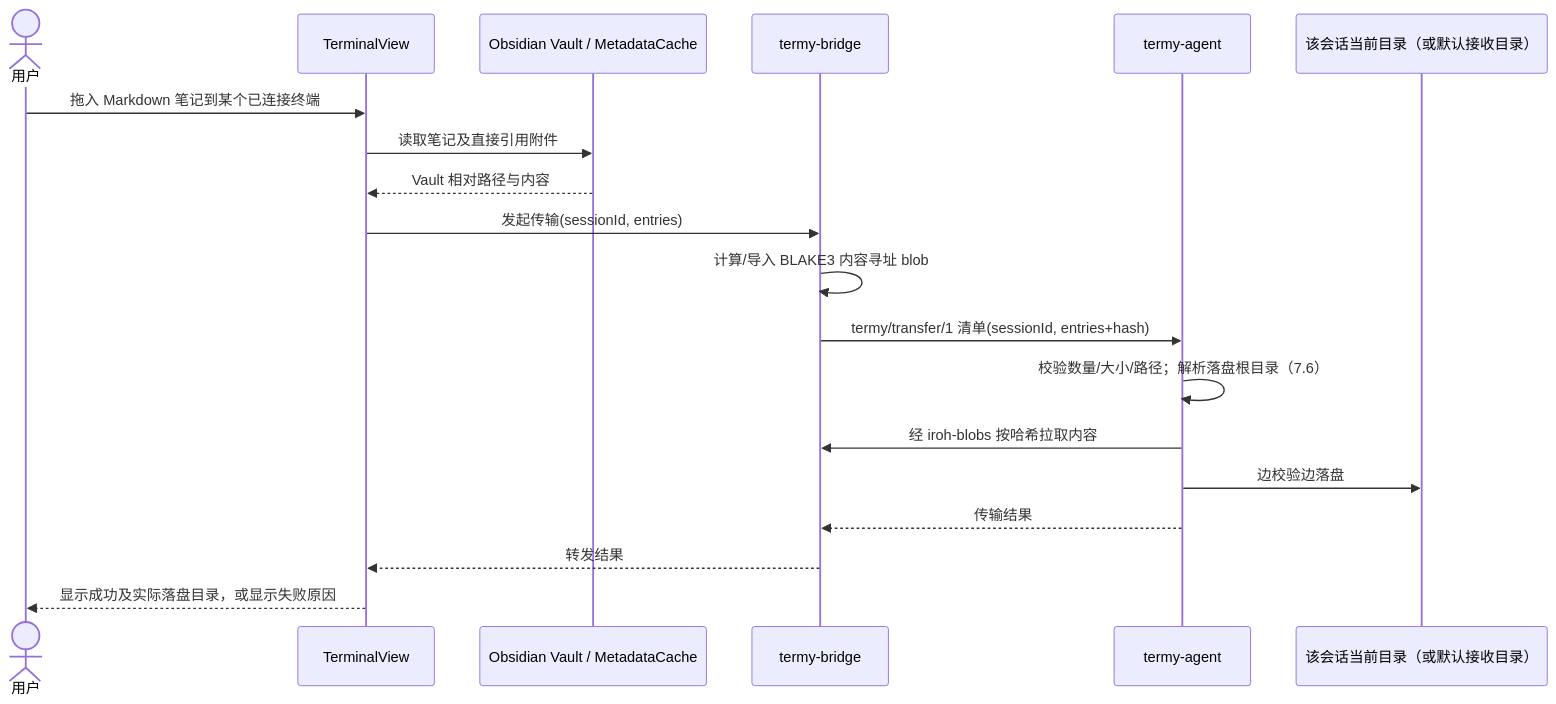
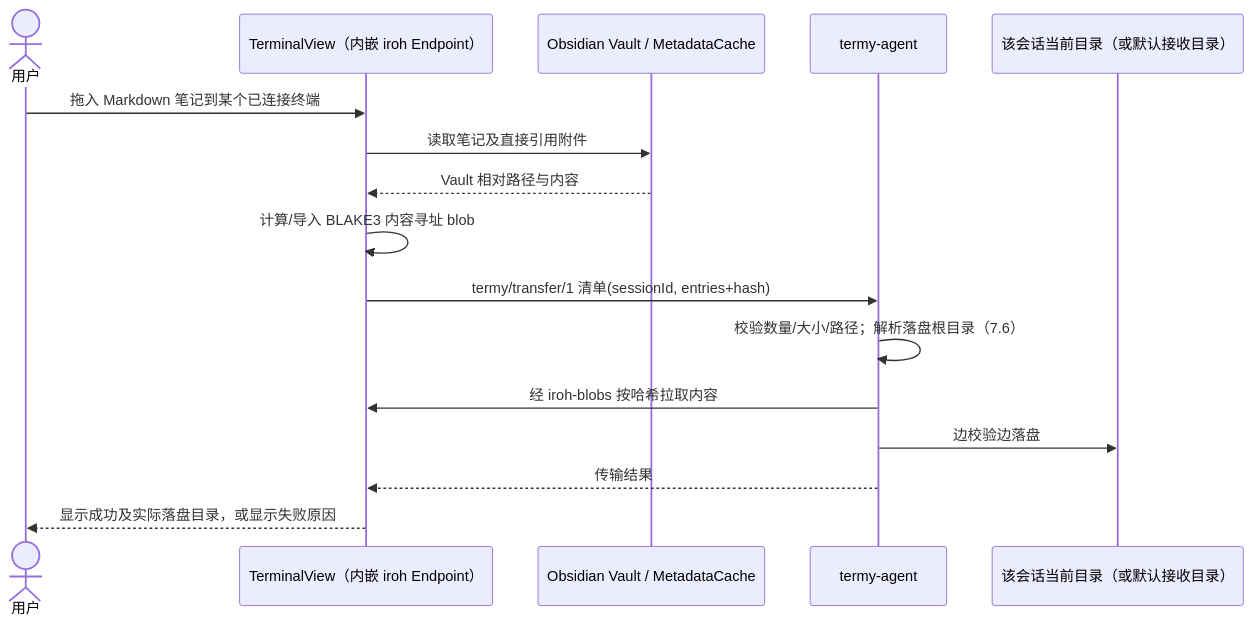
Before and after one commit to Cyber-bike/termesh: the seventh of 7 diagrams in Docs/实现方案 - 开发版 v2.0.md, drawn with Mermaid. The commit also changed other lines of this file, not shown here.

````diff
--- a/Docs/实现方案 - 开发版 v2.0.md
+++ b/Docs/实现方案 - 开发版 v2.0.md
@@ -399,22 +396,19 @@
 ```mermaid
 sequenceDiagram
     actor User as 用户
-    participant View as TerminalView
+    participant View as TerminalView（内嵌 iroh Endpoint）
     participant Vault as Obsidian Vault / MetadataCache
-    participant Bridge as termy-bridge
     participant Agent as termy-agent
     participant Disk as 该会话当前目录（或默认接收目录）
 
     User->>View: 拖入 Markdown 笔记到某个已连接终端
     View->>Vault: 读取笔记及直接引用附件
     Vault-->>View: Vault 相对路径与内容
-    View->>Bridge: 发起传输(sessionId, entries)
-    Bridge->>Bridge: 计算/导入 BLAKE3 内容寻址 blob
-    Bridge->>Agent: termy/transfer/1 清单(sessionId, entries+hash)
+    View->>View: 计算/导入 BLAKE3 内容寻址 blob
+    View->>Agent: termy/transfer/1 清单(sessionId, entries+hash)
     Agent->>Agent: 校验数量/大小/路径；解析落盘根目录（7.6）
-    Agent->>Bridge: 经 iroh-blobs 按哈希拉取内容
+    Agent->>View: 经 iroh-blobs 按哈希拉取内容
     Agent->>Disk: 边校验边落盘
-    Agent-->>Bridge: 传输结果
-    Bridge-->>View: 转发结果
+    Agent-->>View: 传输结果
     View-->>User: 显示成功及实际落盘目录，或显示失败原因
 ```
````
